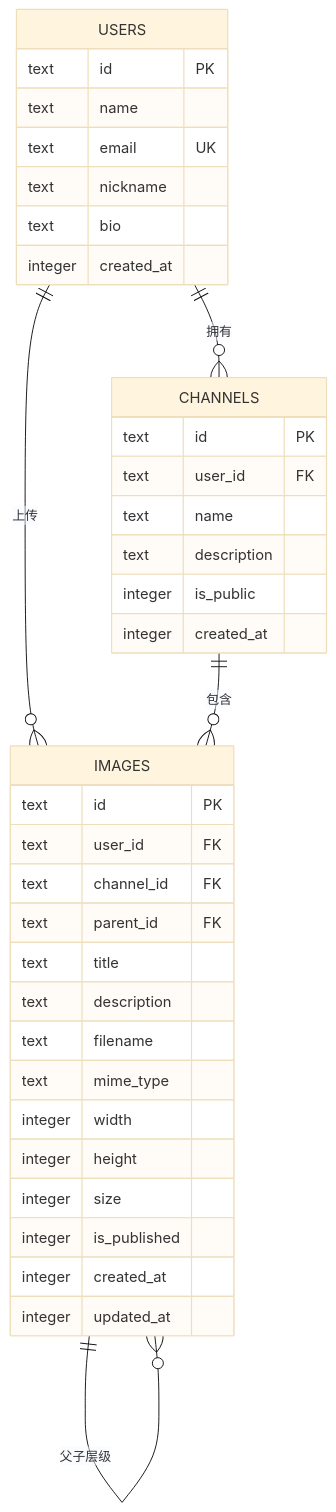
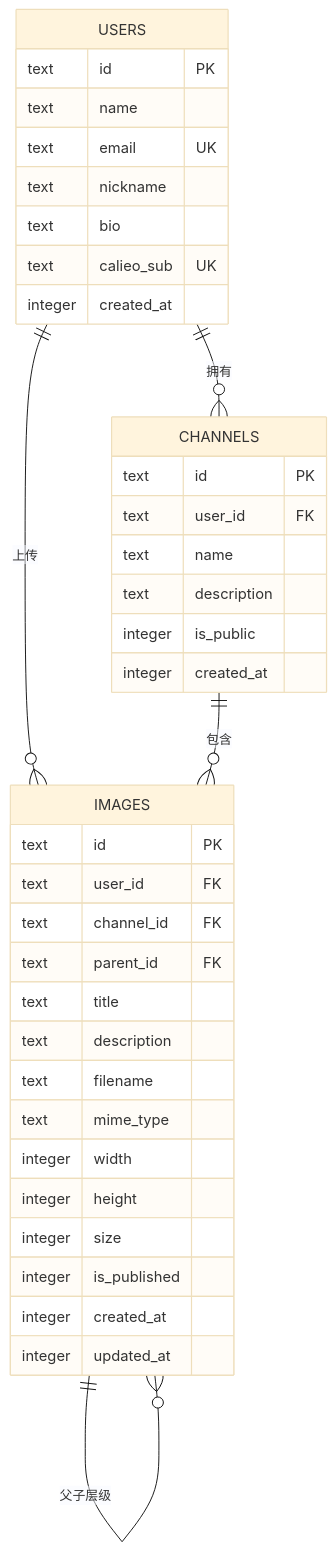
Before and after one commit to pnnh/weable: the third of 8 diagrams in .qoder/repowiki/zh/content/核心模块/数据库设计.md, drawn with Mermaid (base theme). The commit also changed other lines of this file and 187 other files, not shown here.

````diff
--- a/.qoder/repowiki/zh/content/核心模块/数据库设计.md
+++ b/.qoder/repowiki/zh/content/核心模块/数据库设计.md
@@ -117,39 +136,40 @@
 ```mermaid
 erDiagram
 USERS {
 text id PK
 text name
 text email UK
 text nickname
 text bio
+text calieo_sub UK
 integer created_at
 }
 CHANNELS {
 text id PK
 text user_id FK
 text name
 text description
 integer is_public
 integer created_at
 }
 IMAGES {
 text id PK
 text user_id FK
 text channel_id FK
 text parent_id FK
 text title
 text description
 text filename
 text mime_type
 integer width
 integer height
 integer size
 integer is_published
 integer created_at
 integer updated_at
 }
 USERS ||--o{ CHANNELS : "拥有"
 USERS ||--o{ IMAGES : "上传"
 CHANNELS ||--o{ IMAGES : "包含"
 IMAGES ||--o{ IMAGES : "父子层级"
 ```
````
